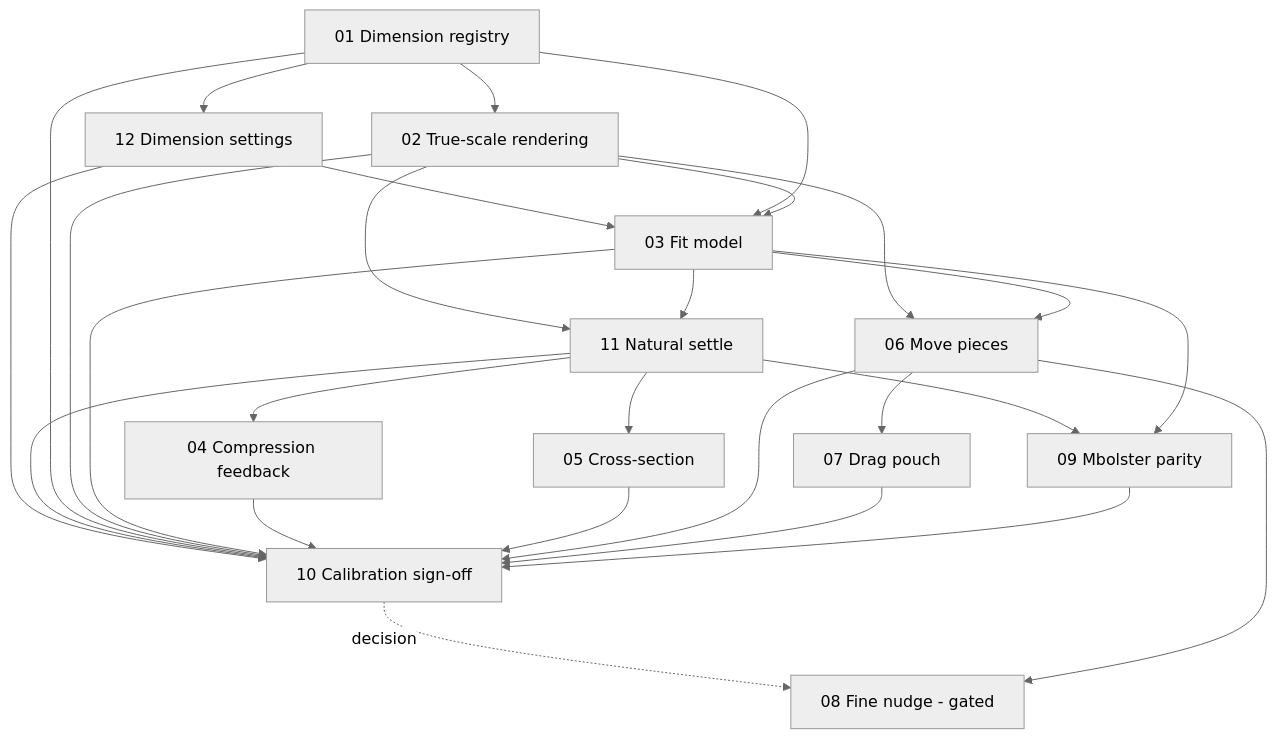
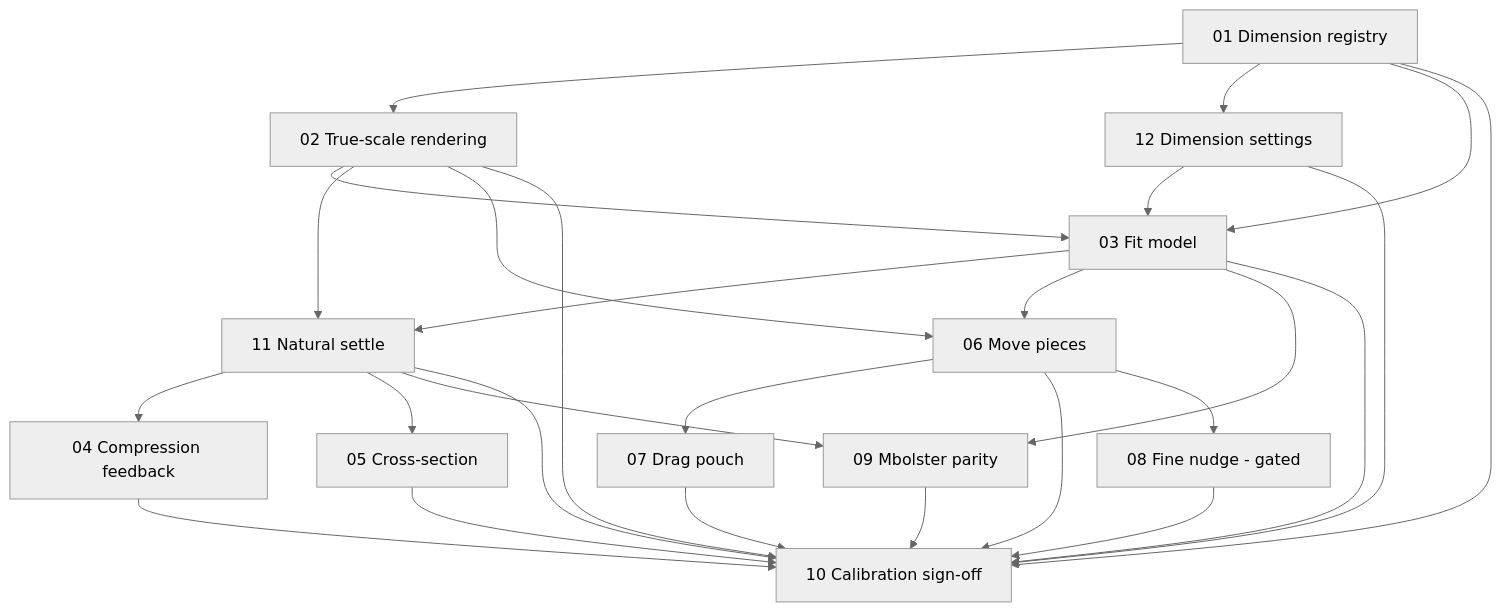
The diagram in .claude/PRD-xray-pillow-ux/issues/README.md (ivanyeors/mp), drawn with Mermaid (neutral theme) before and after one commit. The commit also changed other lines of this file and 10 other files, not shown here.

````diff
--- a/.claude/PRD-xray-pillow-ux/issues/README.md
+++ b/.claude/PRD-xray-pillow-ux/issues/README.md
@@ -28,42 +28,42 @@
 ```mermaid
 graph TD
   s01[01 Dimension registry]
   s02[02 True-scale rendering]
   s03[03 Fit model]
   s04[04 Compression feedback]
   s05[05 Cross-section]
   s06[06 Move pieces]
   s07[07 Drag pouch]
   s08[08 Fine nudge - gated]
   s09[09 Mbolster parity]
   s10[10 Calibration sign-off]
   s11[11 Natural settle]
   s12[12 Dimension settings]
 
   s01 --> s02
   s01 --> s12
   s12 --> s03
   s12 --> s10
   s01 --> s03
   s02 --> s03
   s02 --> s11
   s03 --> s11
   s11 --> s04
   s11 --> s05
   s11 --> s09
   s11 --> s10
   s02 --> s06
   s03 --> s06
   s06 --> s07
   s03 --> s09
   s01 --> s10
   s02 --> s10
   s03 --> s10
   s04 --> s10
   s05 --> s10
   s06 --> s10
   s07 --> s10
   s09 --> s10
-  s10 -. decision .-> s08
   s06 --> s08
+  s08 --> s10
 ```
````
